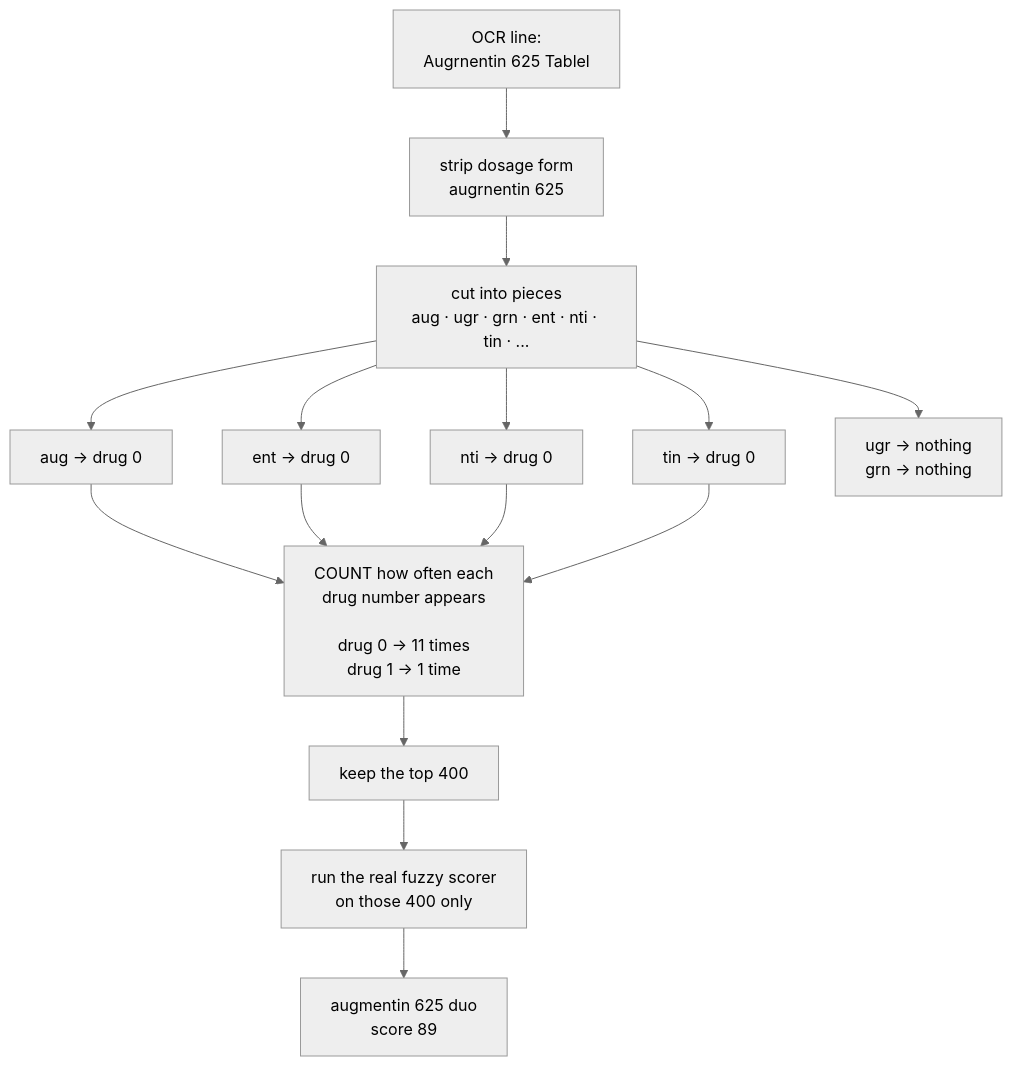
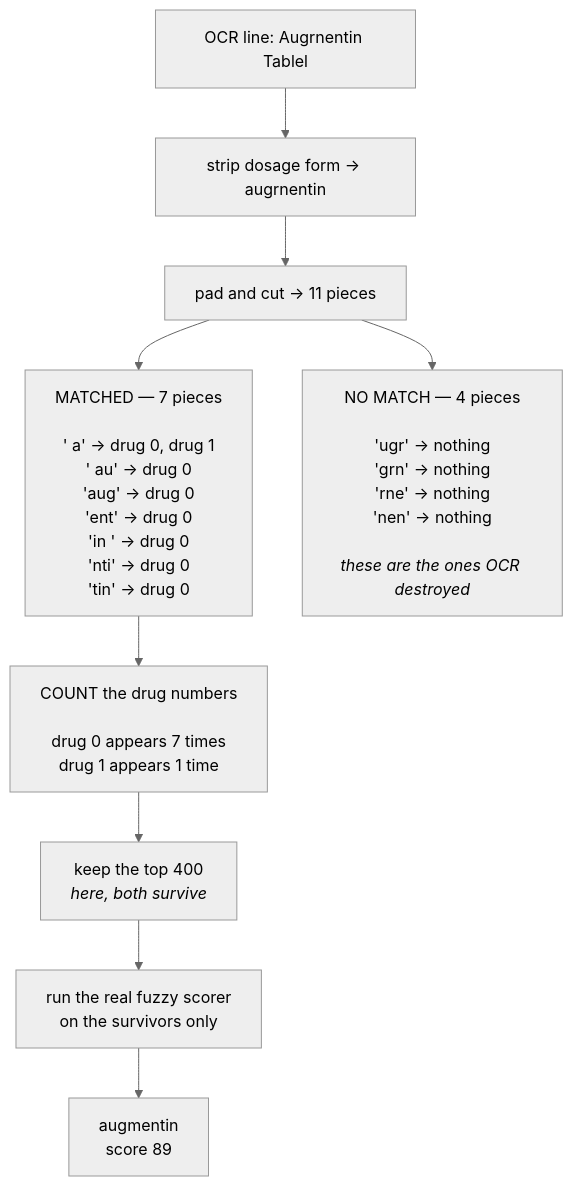
The fourth of 5 diagrams in docs/how-the-index-works.md (ansariujale/rxvision-prescription-reader), drawn with Mermaid (neutral theme) before and after one commit. The commit also changed other lines of this file, not shown here.

First line of the commit message:
fix the lookup diagram so its numbers can be counted

````diff
--- a/docs/how-the-index-works.md
+++ b/docs/how-the-index-works.md
@@ -91,22 +113,19 @@
 ```mermaid
 flowchart TB
-    Q["OCR line:<br/>Augrnentin 625 Tablel"]
-    S["strip dosage form<br/>augrnentin 625"]
-    T["cut into pieces<br/>aug · ugr · grn · ent · nti · tin · ..."]
+    Q["OCR line: Augrnentin Tablel"]
+    S["strip dosage form → augrnentin"]
+    T["pad and cut → 11 pieces"]
 
-    L1["aug → drug 0"]
-    L2["ent → drug 0"]
-    L3["nti → drug 0"]
-    L4["tin → drug 0"]
-    L5["ugr → nothing<br/>grn → nothing"]
+    M["MATCHED — 7 pieces<br/><br/>'  a' → drug 0, drug 1<br/>' au' → drug 0<br/>'aug' → drug 0<br/>'ent' → drug 0<br/>'in ' → drug 0<br/>'nti' → drug 0<br/>'tin' → drug 0"]
+    X["NO MATCH — 4 pieces<br/><br/>'ugr' → nothing<br/>'grn' → nothing<br/>'rne' → nothing<br/>'nen' → nothing<br/><br/><i>these are the ones OCR destroyed</i>"]
 
-    C["COUNT how often each<br/>drug number appears<br/><br/>drug 0 → 11 times<br/>drug 1 → 1 time"]
-    K["keep the top 400"]
-    F["run the real fuzzy scorer<br/>on those 400 only"]
-    R["augmentin 625 duo<br/>score 89"]
+    C["COUNT the drug numbers<br/><br/>drug 0 appears 7 times<br/>drug 1 appears 1 time"]
+    K["keep the top 400<br/><i>here, both survive</i>"]
+    F["run the real fuzzy scorer<br/>on the survivors only"]
+    R["augmentin<br/>score 89"]
 
     Q --> S --> T
-    T --> L1 & L2 & L3 & L4 & L5
-    L1 & L2 & L3 & L4 --> C
-    C --> K --> F --> R
+    T --> M
+    T --> X
+    M --> C --> K --> F --> R
 ```
````
